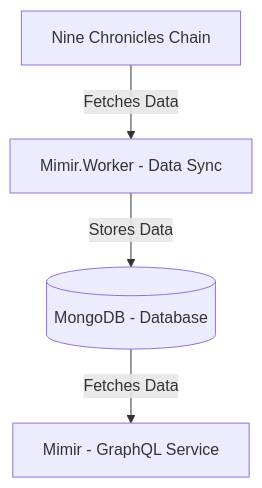
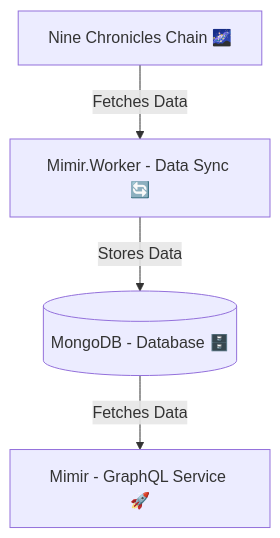
The diagram in README.md (planetarium/mimir), drawn with Mermaid before and after one commit. The commit also changed other lines of this file, not shown here.

````diff
--- a/README.md
+++ b/README.md
@@ -34,11 +50,11 @@
 ```mermaid
 flowchart TD
-    Mimir[Mimir - GraphQL Service]
-    MimirWorker[Mimir.Worker - Data Sync]
-    MongoDB[(MongoDB - Database)]
-    NineChroniclesChain[Nine Chronicles Chain]
+    Mimir[Mimir - GraphQL Service 🚀]
+    MimirWorker[Mimir.Worker - Data Sync 🔄]
+    MongoDB[(MongoDB - Database 🗄️)]
+    NineChroniclesChain[Nine Chronicles Chain 🌌]
 
     NineChroniclesChain -->|Fetches Data| MimirWorker
     MimirWorker -->|Stores Data| MongoDB
     MongoDB -->|Fetches Data| Mimir
 ```
````
